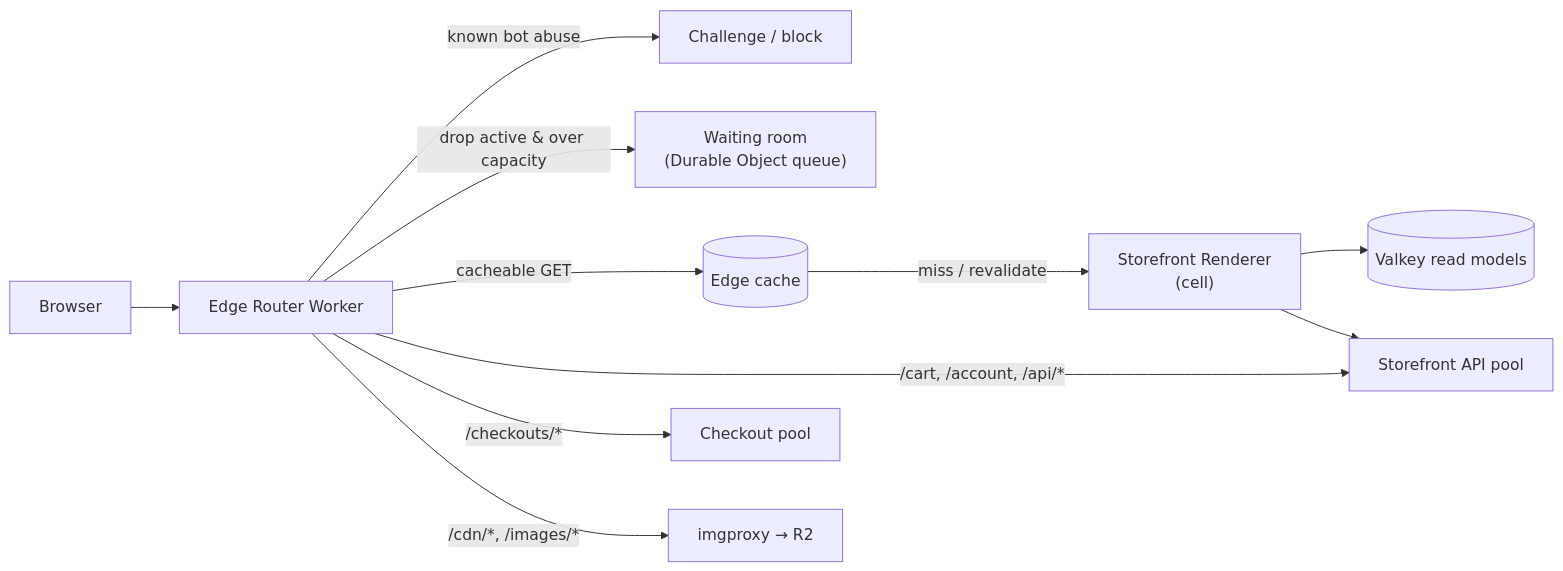
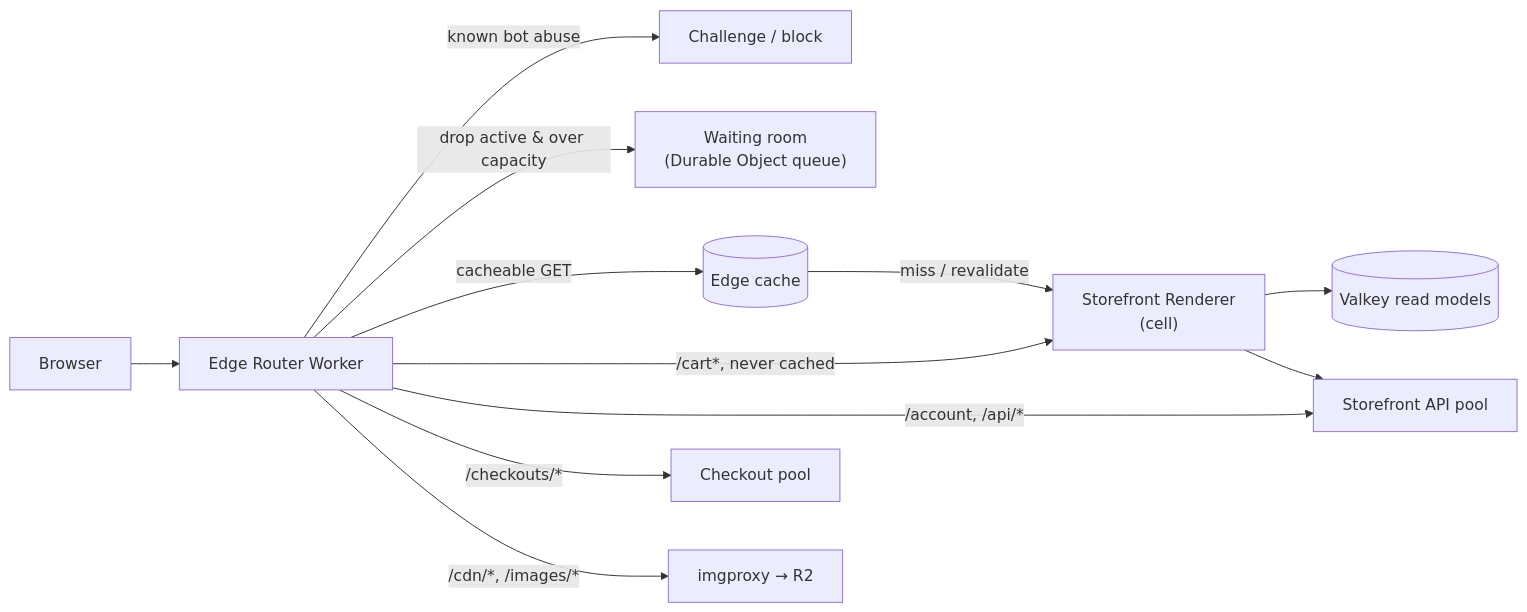
The first of 3 diagrams in docs/architecture/04-storefront-and-themes.md (programminglab717/Shopify_Alternative), drawn with Mermaid before and after one commit. The commit also changed other lines of this file and 41 other files, not shown here.

````diff
--- a/docs/architecture/04-storefront-and-themes.md
+++ b/docs/architecture/04-storefront-and-themes.md
@@ -30,13 +30,14 @@
 ```mermaid
 flowchart LR
     B["Browser"] --> W["Edge Router Worker"]
     W -->|"known bot abuse"| BLK["Challenge / block"]
     W -->|"drop active & over capacity"| WR["Waiting room<br/>(Durable Object queue)"]
     W -->|"cacheable GET"| EC[("Edge cache")]
     EC -->|"miss / revalidate"| SR["Storefront Renderer<br/>(cell)"]
-    W -->|"/cart, /account, /api/*"| API["Storefront API pool"]
+    W -->|"/cart*, never cached"| SR
+    W -->|"/account, /api/*"| API["Storefront API pool"]
     W -->|"/checkouts/*"| CK["Checkout pool"]
     W -->|"/cdn/*, /images/*"| IMG["imgproxy → R2"]
     SR --> VK[("Valkey read models")]
     SR --> API
 ```
````
